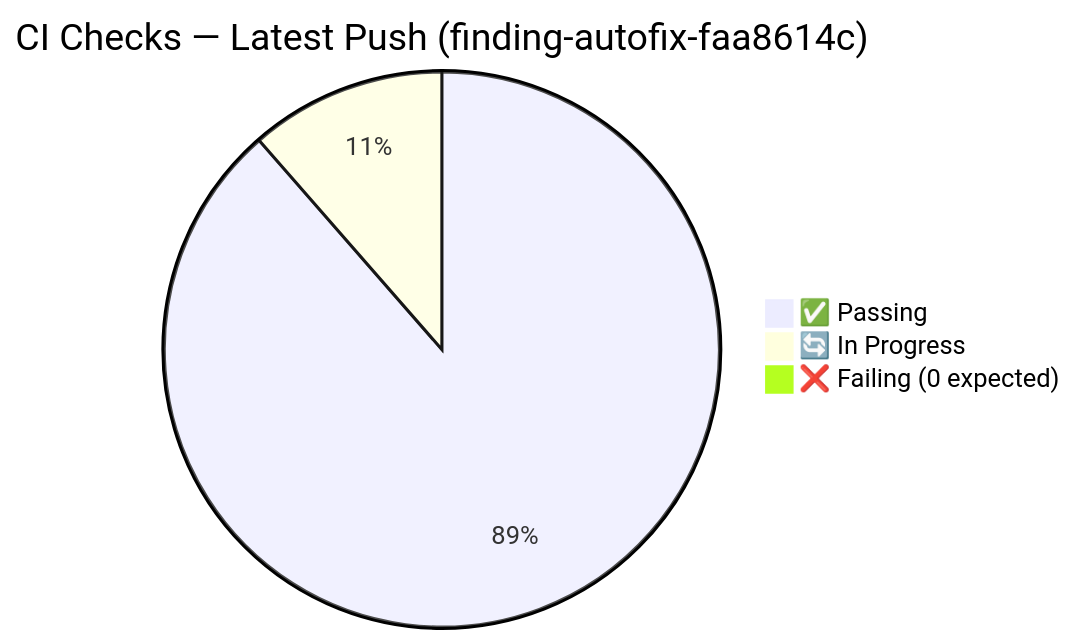
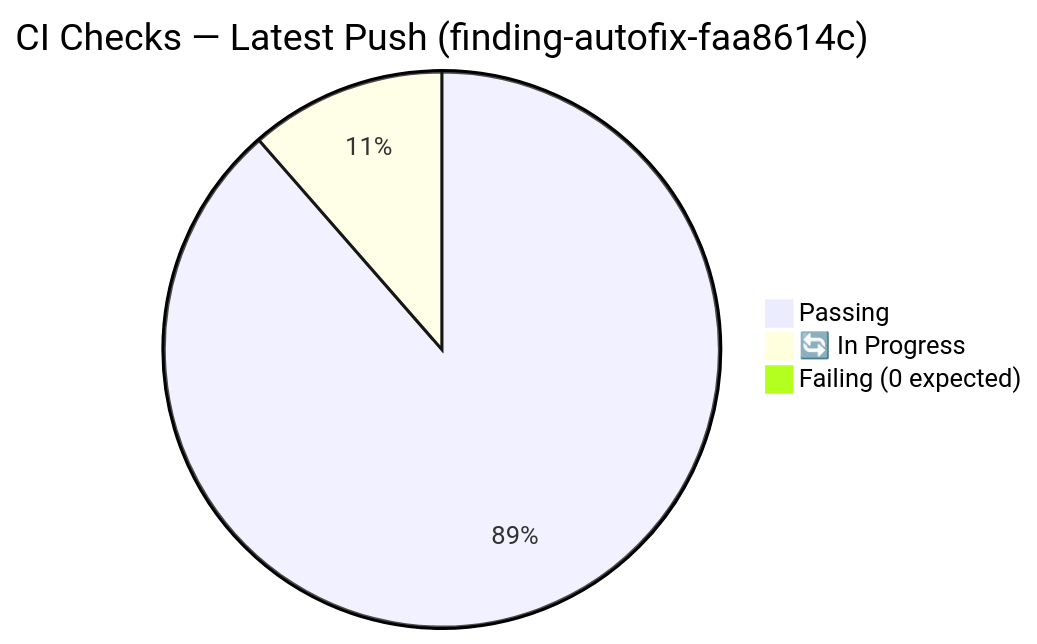
Before and after one commit to Aries-Serpent/_codex_: diagram 15 of 26 in docs/sessions/PR4346_session_diagram.md, drawn with Mermaid. The commit also changed other lines of this file and 2029 other files, not shown here.

````diff
--- a/docs/sessions/PR4346_session_diagram.md
+++ b/docs/sessions/PR4346_session_diagram.md
@@ -412,7 +414,7 @@
 ```mermaid
 %%{init: {'accessibility': {'title': 'Pie Chart'}}%%
 pie title CI Checks — Latest Push (finding-autofix-faa8614c)
-    "✅ Passing" : 31
+    " Passing" : 31
     "🔄 In Progress" : 4
-    "❌ Failing (0 expected)" : 0
+    " Failing (0 expected)" : 0
 ```
````
